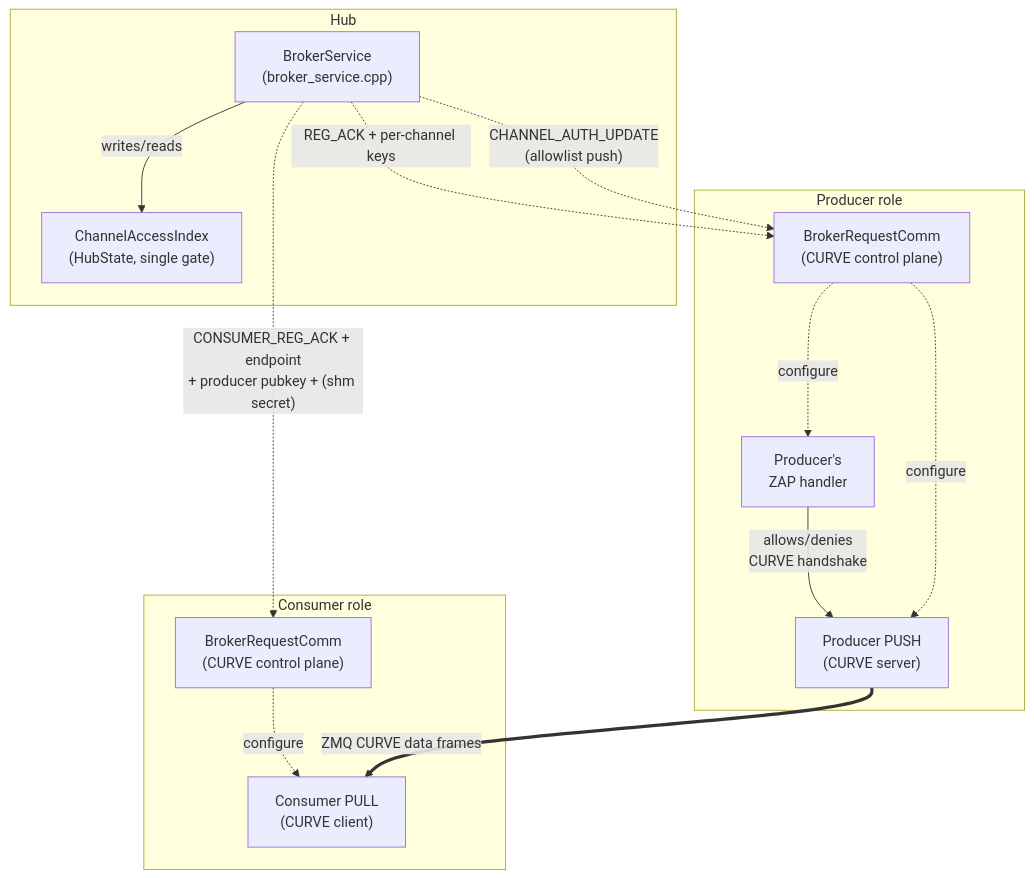
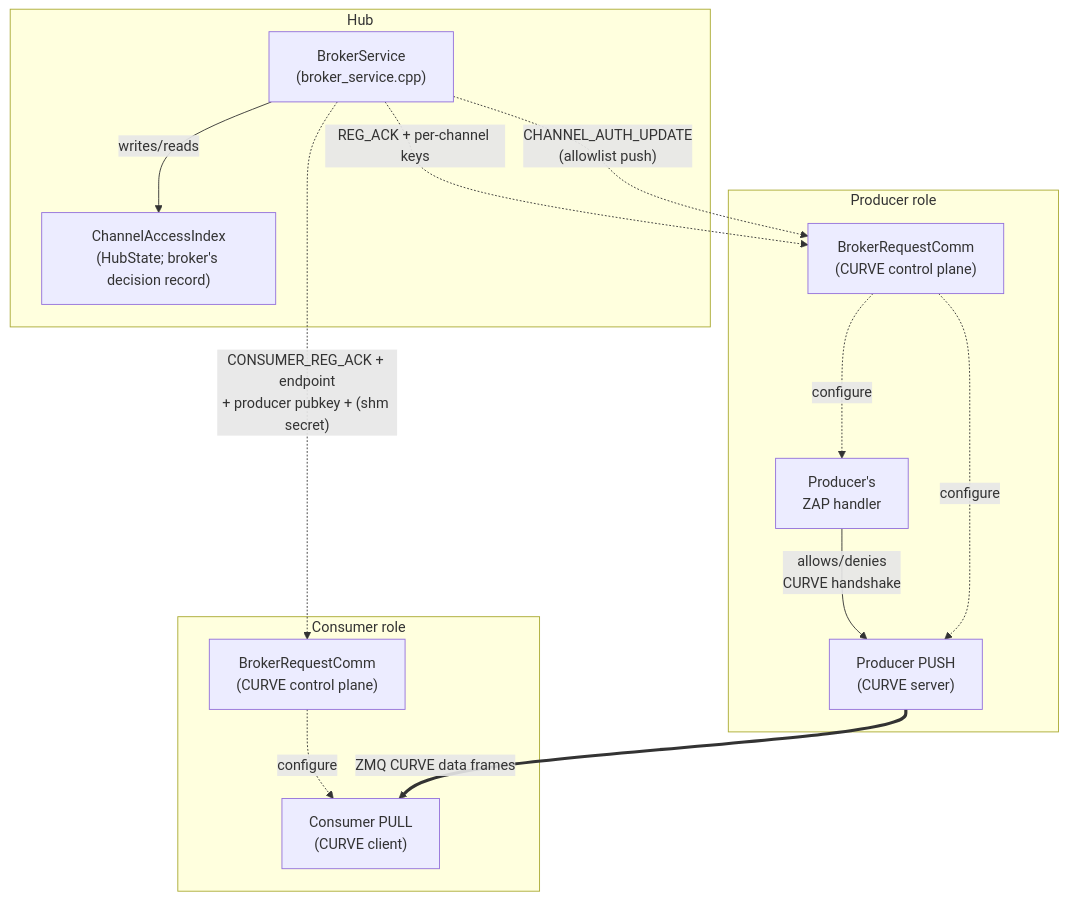
Before and after one commit to Qing-LAB/pylabhub: the first of 10 diagrams in docs/HEP/HEP-CORE-0036-Authenticated-Connection-Establishment.md, drawn with Mermaid. The commit also changed other lines of this file, not shown here.

First line of the commit message:
HEP-CORE-0036 revision: two-conditions gate; passive revocation; inbox/bands inheritance

````diff
--- a/docs/HEP/HEP-CORE-0036-Authenticated-Connection-Establishment.md
+++ b/docs/HEP/HEP-CORE-0036-Authenticated-Connection-Establishment.md
@@ -188,30 +331,30 @@
 ```mermaid
 graph TB
     subgraph Hub
         Broker["BrokerService<br/>(broker_service.cpp)"]
-        AccessIndex["ChannelAccessIndex<br/>(HubState, single gate)"]
+        AccessIndex["ChannelAccessIndex<br/>(HubState; broker's decision record)"]
         Broker -- writes/reads --> AccessIndex
     end
 
     subgraph "Producer role"
         ProdBRC["BrokerRequestComm<br/>(CURVE control plane)"]
         ProdZap["Producer's<br/>ZAP handler"]
         ProdPush["Producer PUSH<br/>(CURVE server)"]
         ProdZap -- "allows/denies<br/>CURVE handshake" --> ProdPush
     end
 
     subgraph "Consumer role"
         ConsBRC["BrokerRequestComm<br/>(CURVE control plane)"]
         ConsPull["Consumer PULL<br/>(CURVE client)"]
     end
 
     Broker -. "REG_ACK + per-channel keys" .-> ProdBRC
     Broker -. "CHANNEL_AUTH_UPDATE<br/>(allowlist push)" .-> ProdBRC
     ProdBRC -. "configure" .-> ProdZap
     ProdBRC -. "configure" .-> ProdPush
 
     Broker -. "CONSUMER_REG_ACK + endpoint<br/>+ producer pubkey + (shm secret)" .-> ConsBRC
     ConsBRC -. "configure" .-> ConsPull
 
     ProdPush == "ZMQ CURVE data frames" ==> ConsPull
 ```
````
